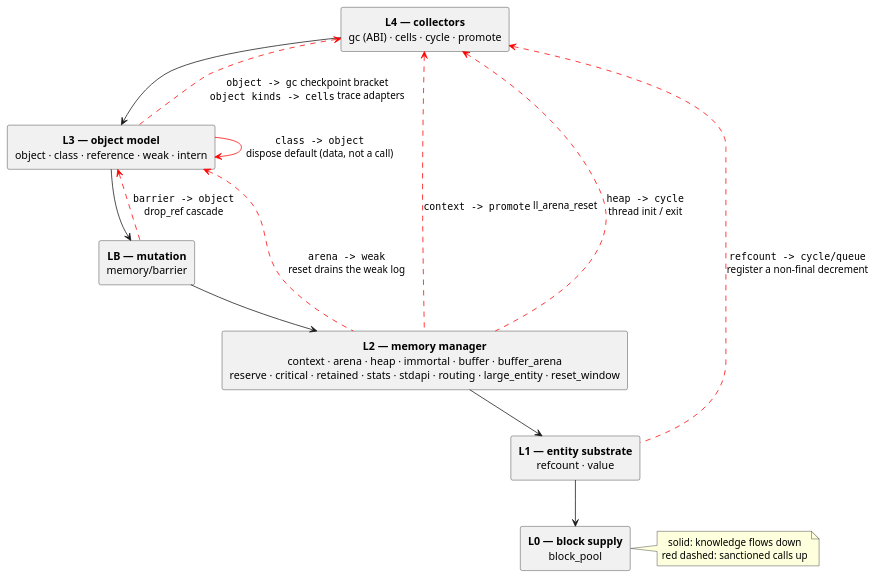
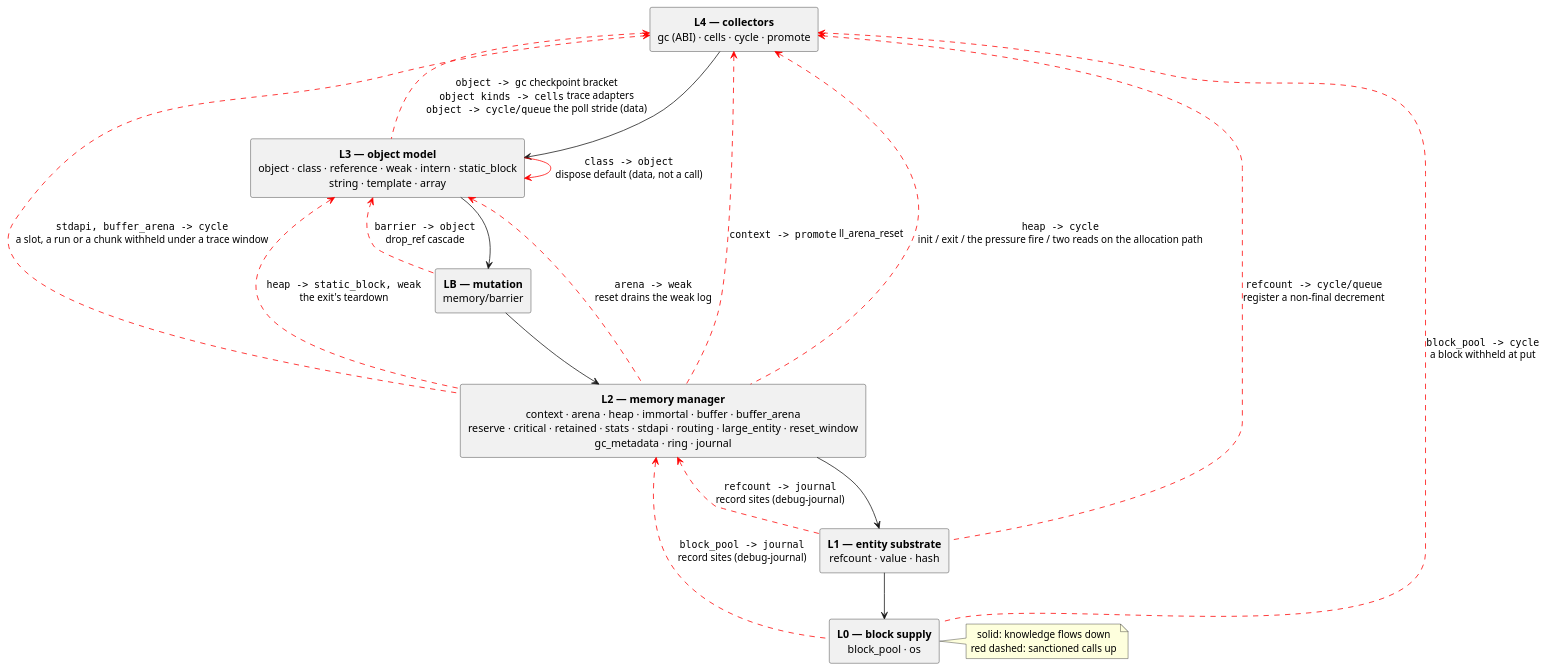
The first of 8 diagrams in docs/architecture.md (limelight-lang/model), drawn with PlantUML before and after one commit. The commit also changed other lines of this file and 38 other files, not shown here.

````diff
--- a/docs/architecture.md
+++ b/docs/architecture.md
@@ -27,32 +29,37 @@
 ```plantuml
 @startuml
 skinparam shadowing false
 skinparam defaultTextAlignment center
 
 rectangle "**L4 — collectors**\ngc (ABI) · cells · cycle · promote" as L4
-rectangle "**L3 — object model**\nobject · class · reference · weak · intern" as L3
+rectangle "**L3 — object model**\nobject · class · reference · weak · intern · static_block\nstring · template · array" as L3
 rectangle "**LB — mutation**\nmemory/barrier" as LB
-rectangle "**L2 — memory manager**\ncontext · arena · heap · immortal · buffer · buffer_arena\nreserve · critical · retained · stats · stdapi · routing · large_entity · reset_window" as L2
-rectangle "**L1 — entity substrate**\nrefcount · value" as L1
-rectangle "**L0 — block supply**\nblock_pool" as L0
+rectangle "**L2 — memory manager**\ncontext · arena · heap · immortal · buffer · buffer_arena\nreserve · critical · retained · stats · stdapi · routing · large_entity · reset_window\ngc_metadata · ring · journal" as L2
+rectangle "**L1 — entity substrate**\nrefcount · value · hash" as L1
+rectangle "**L0 — block supply**\nblock_pool · os" as L0
 
 L4 -down-> L3
 L3 -down-> LB
 LB -down-> L2
 L2 -down-> L1
 L1 -down-> L0
 
 L1 .up.> L4 #red : ""refcount -> cycle/queue""\nregister a non-final decrement
 L2 .up.> L4 #red : ""context -> promote"" ll_arena_reset
 L2 .up.> L3 #red : ""arena -> weak""\nreset drains the weak log
-L2 .up.> L4 #red : ""heap -> cycle""\nthread init / exit
+L2 .up.> L4 #red : ""heap -> cycle""\ninit / exit / the pressure fire / two reads on the allocation path
+L2 .up.> L3 #red : ""heap -> static_block, weak""\nthe exit's teardown
+L0 .up.> L4 #red : ""block_pool -> cycle""\na block withheld at put
+L2 .up.> L4 #red : ""stdapi, buffer_arena -> cycle""\na slot, a run or a chunk withheld under a trace window
+L0 .up.> L2 #red : ""block_pool -> journal""\nrecord sites (debug-journal)
+L1 .up.> L2 #red : ""refcount -> journal""\nrecord sites (debug-journal)
 LB .up.> L3 #red : ""barrier -> object""\ndrop_ref cascade
-L3 .up.> L4 #red : ""object -> gc"" checkpoint bracket\n""object kinds -> cells"" trace adapters
+L3 .up.> L4 #red : ""object -> gc"" checkpoint bracket\n""object kinds -> cells"" trace adapters\n""object -> cycle/queue"" the poll stride (data)
 L3 -> L3 #red : ""class -> object""\ndispose default (data, not a call)
 
 note right of L0
   solid: knowledge flows down
   red dashed: sanctioned calls up
 end note
 @enduml
 ```
````
